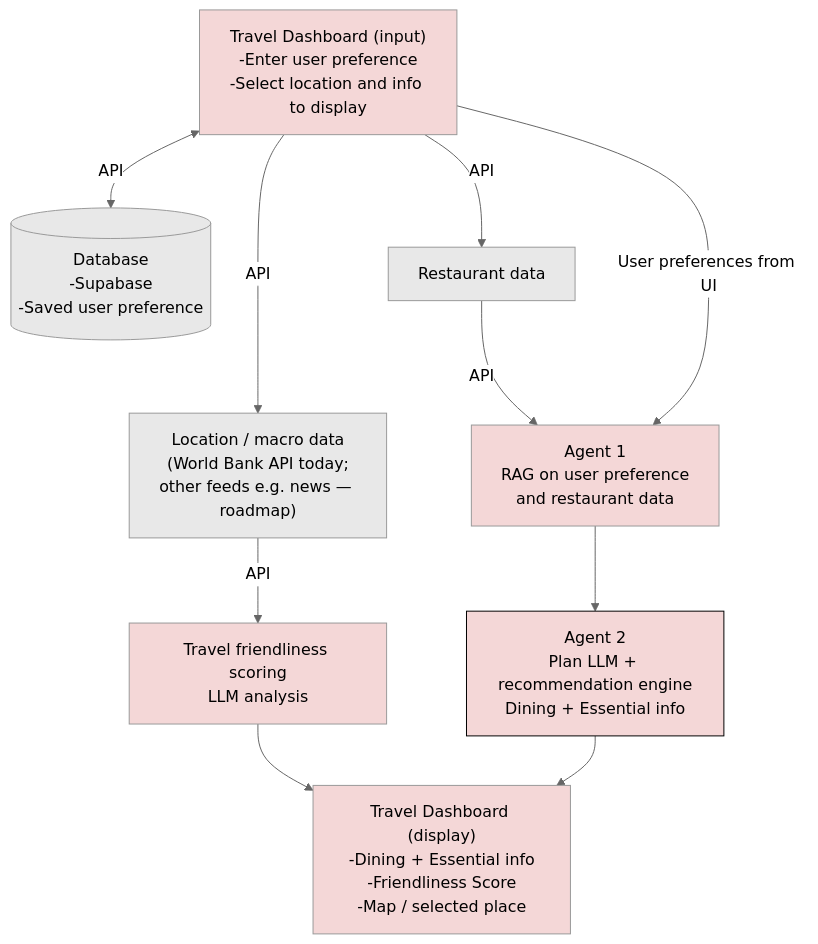
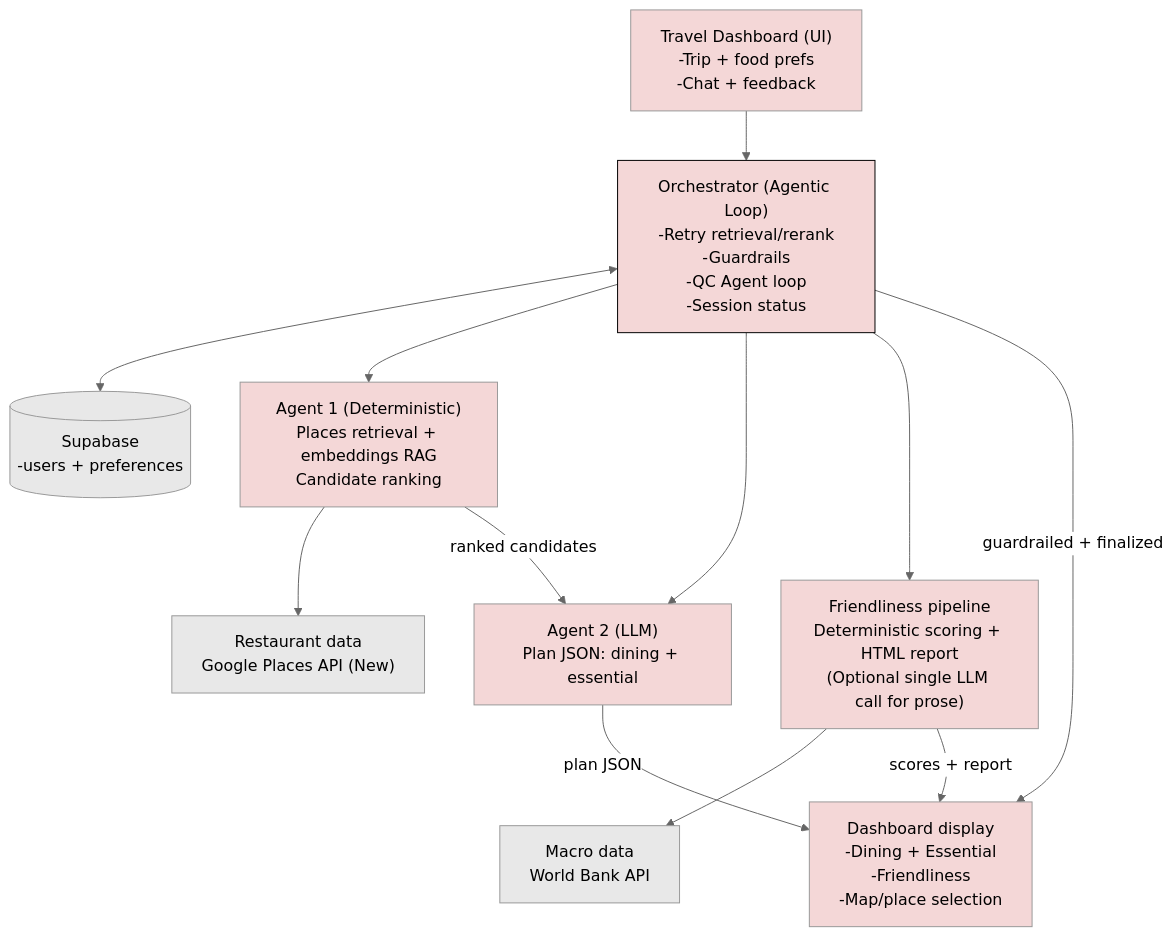
One commit to JanHsuanChu/TravelDashboard changed the diagram in README.md. Above: the diagram before and after it, drawn with Mermaid (neutral theme). The commit also changed other lines of this file and 42 other files, not shown here.

````diff
--- a/README.md
+++ b/README.md
@@ -134,31 +109,46 @@
 ```mermaid
 ---
 config:
   layout: dagre
 ---
 flowchart TB
-    Dashboard@{ label: "Travel Dashboard (input)<br>-Enter user preference<br>-Select location and info to display" } <-- API --> Database[("Database<br>-Supabase<br>-Saved user preference")]
-    Agent2["Travel friendliness scoring<br>LLM analysis"] --> SummaryReport["Travel Dashboard (display)<br>-Dining + Essential info<br>-Friendliness Score<br>-Map / selected place"]
-    Agent1["Agent 1<br>RAG on user preference<br>and restaurant data"] --> n1["Agent 2<br>Plan LLM + recommendation engine<br>Dining + Essential info"]
-    n2["Restaurant data"] -- API --> Agent1
-    Dashboard -->|User preferences from UI| Agent1
-    n3["Location / macro data<br>(World Bank API today;<br>other feeds e.g. news — roadmap)"] -- API --> Agent2
-    n1 --> SummaryReport
-    Dashboard -- API --> n3
-    Dashboard -- API --> n2
+    Dashboard["Travel Dashboard (UI)\n-Trip + food prefs\n-Chat + feedback"]
+    Supabase[("Supabase\n-users + preferences")]
+    Orchestrator["Orchestrator (Agentic Loop)\n-Retry retrieval/rerank\n-Guardrails\n-QC Agent loop\n-Session status"]
 
-    Dashboard@{ shape: rect}
-    Agent2@{ shape: rect}
-    n2@{ shape: rect}
-    n3@{ shape: rect}
-     n1:::Rose
+    RestaurantData["Restaurant data\nGoogle Places API (New)"]
+    Agent1["Agent 1 (Deterministic)\nPlaces retrieval + embeddings RAG\nCandidate ranking"]
+    Agent2["Agent 2 (LLM)\nPlan JSON: dining + essential"]
+
+    MacroData["Macro data\nWorld Bank API"]
+    FriendlinessPipe["Friendliness pipeline\nDeterministic scoring + HTML report\n(Optional single LLM call for prose)"]
+
+    Output["Dashboard display\n-Dining + Essential\n-Friendliness\n-Map/place selection"]
+
+    Dashboard --> Orchestrator
+    Orchestrator <--> Supabase
+
+    Orchestrator --> Agent1
+    Agent1 --> RestaurantData
+
+    Orchestrator --> Agent2
+    Agent1 -->|"ranked candidates"| Agent2
+
+    Orchestrator --> FriendlinessPipe
+    FriendlinessPipe --> MacroData
+
+    Agent2 -->|"plan JSON"| Output
+    FriendlinessPipe -->|"scores + report"| Output
+    Orchestrator -->|"guardrailed + finalized"| Output
+
     classDef Rose stroke-width:1px, stroke-dasharray:none, stroke:#FF5978, fill:#FFDFE5, color:#8E2236
     style Dashboard fill:#f4d7d7
-    style Database fill:#e8e8e8
+    style Supabase fill:#e8e8e8
+    style Orchestrator stroke:#000000,color:#000000,fill:#f4d7d7
+    style RestaurantData fill:#e8e8e8
+    style Agent1 fill:#f4d7d7
     style Agent2 fill:#f4d7d7
-    style Agent1 fill:#f4d7d7
-    style n1 stroke:#000000,color:#000000,fill:#f4d7d7
-    style SummaryReport fill:#f4d7d7
-    style n2 fill:#e8e8e8
-    style n3 fill:#e8e8e8
+    style MacroData fill:#e8e8e8
+    style FriendlinessPipe fill:#f4d7d7
+    style Output fill:#f4d7d7
 ```
````
